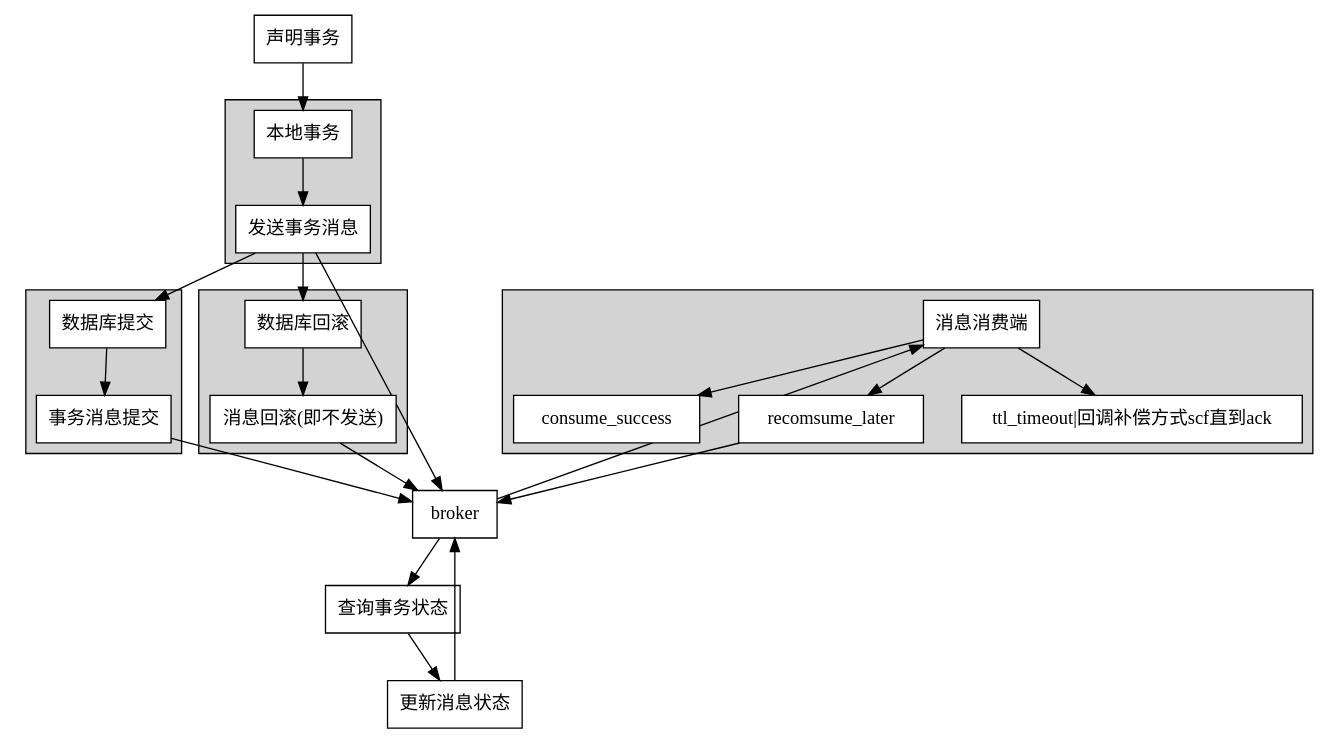
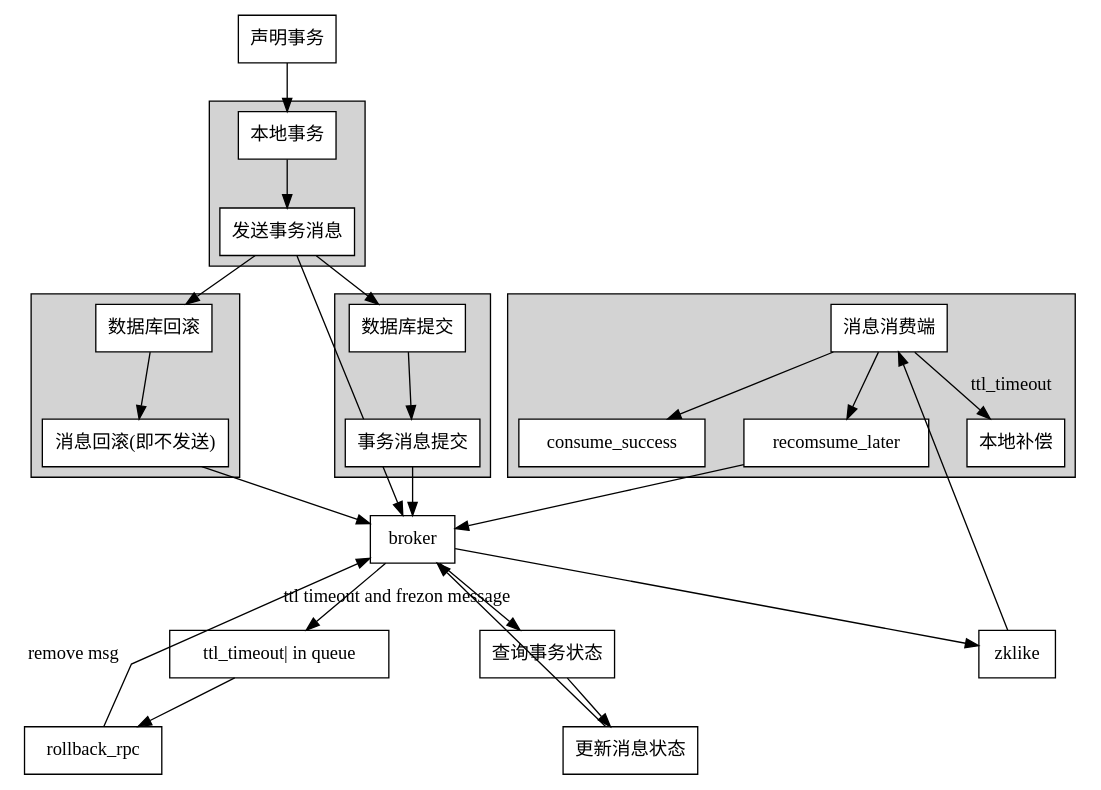
The diagram in asynchronous_message.dot (secwang/graphvizSample), drawn with Graphviz before and after one commit.

```diff
--- a/asynchronous_message.dot
+++ b/asynchronous_message.dot
@@ -1,82 +1,90 @@
 digraph show {
     /*
     Author: secwang
     Created: 2016-07-25 16:40
     */
 
     // General layout for the graph
     // rankdir=LR; // Direction of the graph Left to Right
     sep="+25,25";
     splines=true;
     overlap=scalexy;
     nodesep=0.4;
     ranksep=0.5;
 
      node [style="filled",color=black,shape=box,fillcolor=white]; // Defines the default layout of the nodes
      graph [style=filled, splines=line]; // Fills the subgraphs and defines the layout of the connections
      //edge [arrowhead=none]
      rank = same; // Makes sure that nodes are properly aligned even without a connection
 
     begin [label = "声明事务"  ];
 
     local_transaction [label = "本地事务"];
 
     send_msg [label = "发送事务消息"];
 
     commit [label = "数据库提交"];
     msg_commit [label = "事务消息提交"];
 
     rollback [label = "数据库回滚"];
     msg_rollback [label = "消息回滚(即不发送)"];
 
     subgraph cluster0 {
       local_transaction -> send_msg
     }
 
     subgraph cluster1{
       rollback -> msg_rollback;
     }
 
     subgraph cluster2{
       commit -> msg_commit;
     }
 
     begin  ->  local_transaction;
 
     send_msg -> commit
 
     send_msg -> rollback
 
 
     broker [label = "broker",pos = "1,1!"]
     consumer [label = "消息消费端"]
-
+    zklike -> consumer
     consume_success [label = "consume_success"]
     reconsume_later [ label = "recomsume_later"]
-    ttl_timeout [ label = "ttl_timeout|回调补偿方式scf直到ack"]
+    ttl_timeout [ label = "本地补偿"]
+
+    ttl_timeout_in_queue [label ="ttl_timeout| in queue"]
+    broker -> ttl_timeout_in_queue [label = "ttl timeout and frezon message"]
+    rollback_rpc [label = "rollback_rpc"]
+    ttl_timeout_in_queue -> rollback_rpc
+    rollback_rpc -> broker [label = "remove msg"]
+
+
 
   // 一方面是补偿函数，远程补偿，另一方面实际上是，ttl 消息消费补偿
 
-   broker -> consumer
+   broker -> zklike
 
    subgraph cluster3{
       consumer -> consume_success
       consumer -> reconsume_later
-      consumer -> ttl_timeout
+      consumer -> ttl_timeout [label = "ttl_timeout"]
    }
 
    msg_commit ->  broker
 
    reconsume_later -> broker
    send_msg -> broker
    msg_rollback -> broker
 
    transaction_state [label = "查询事务状态"]
    broker_update_msg [label = "更新消息状态"]
    broker -> transaction_state
    transaction_state -> broker_update_msg
    broker_update_msg  -> broker
 
 
 
 }
```
